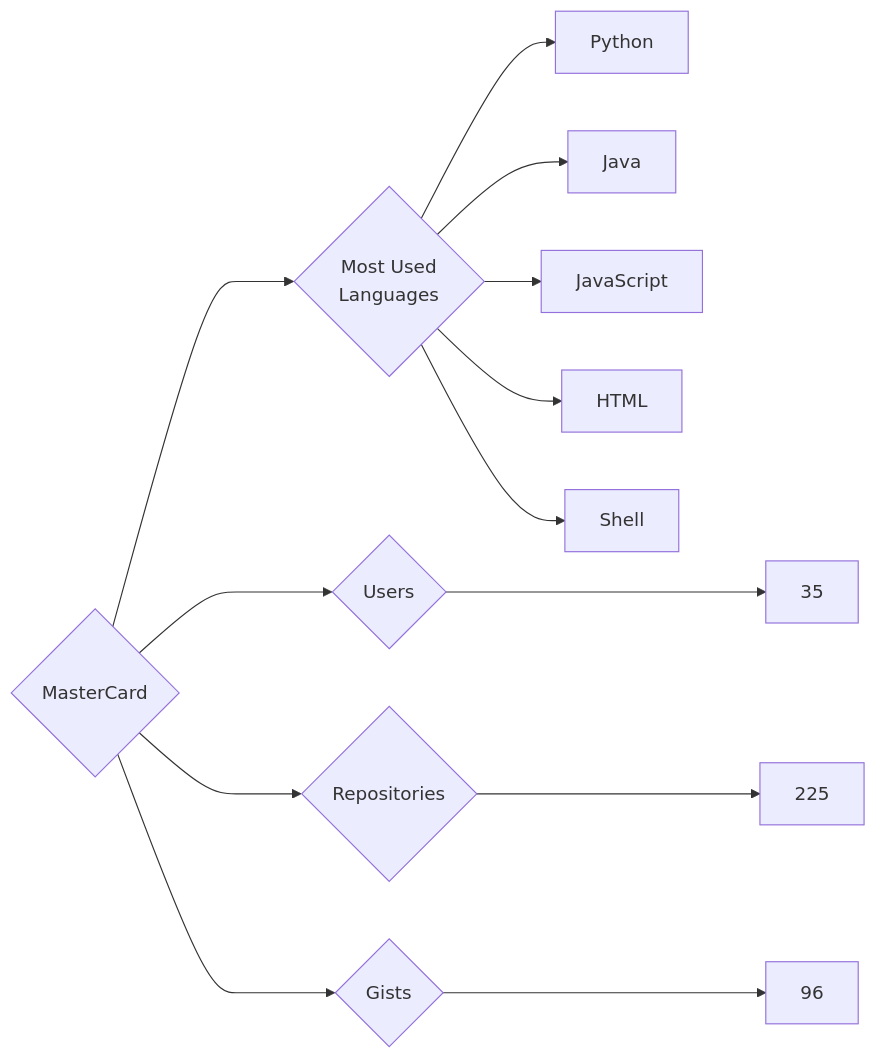
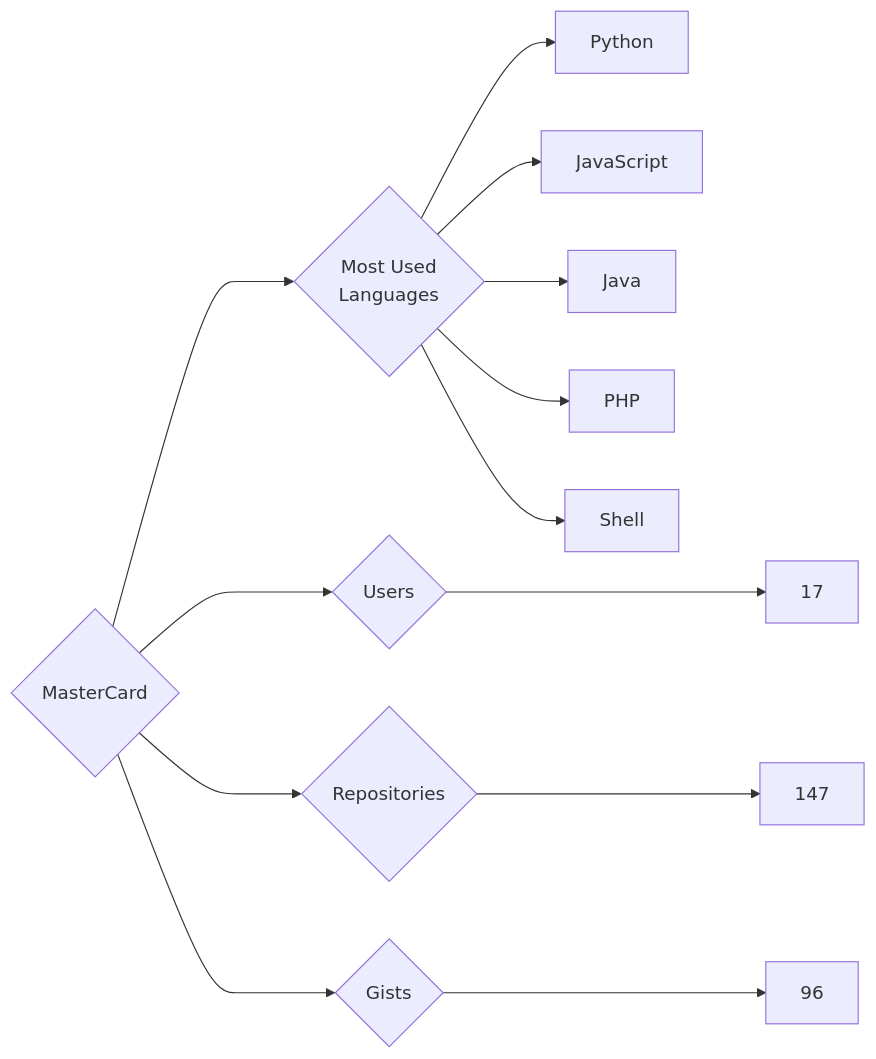
One commit to trickest/insiders changed the diagram in targets/MasterCard/README.md. Above: the diagram before and after it, drawn with Mermaid. The commit also changed 725 other files, not shown here.

````diff
--- a/targets/MasterCard/README.md
+++ b/targets/MasterCard/README.md
@@ -3,13 +3,13 @@
 ```mermaid
 graph LR
 COMPANY_NAME{MasterCard}
-COMPANY_NAME ---> U{Users} ---> UN[35]
-COMPANY_NAME ---> R{Repositories} ---> RN[225]
+COMPANY_NAME ---> U{Users} ---> UN[17]
+COMPANY_NAME ---> R{Repositories} ---> RN[147]
 COMPANY_NAME ---> G{Gists} ---> GN[96]
 COMPANY_NAME ---> ML{Most Used<br>Languages}
 ML --> Python[Python]
+ML --> JavaScript[JavaScript]
 ML --> Java[Java]
-ML --> JavaScript[JavaScript]
-ML --> HTML[HTML]
+ML --> PHP[PHP]
 ML --> Shell[Shell]
 ```
````
